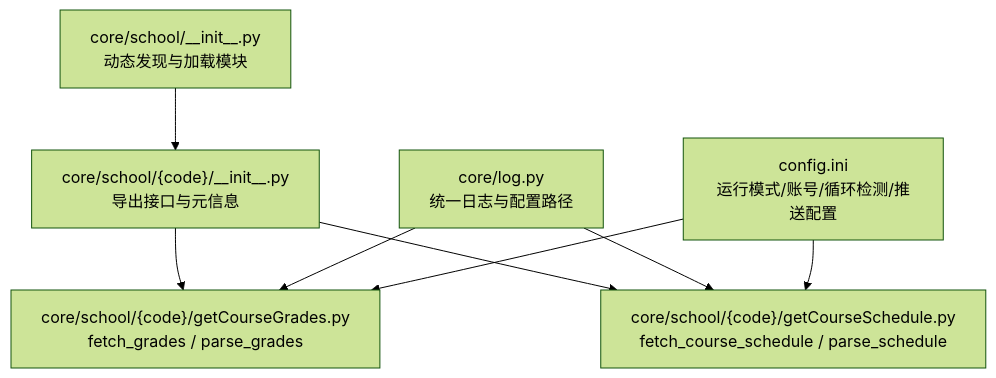
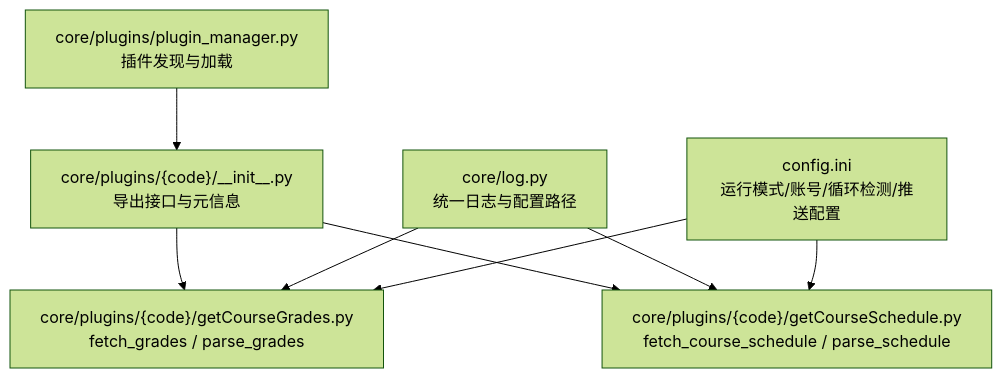
One commit to pjnt9372/Capture_Push changed the first of 3 diagrams in .wiki/zh/content/API 参考文档/院校模块 API/院校模块 API.md. Above: the diagram before and after it, drawn with Mermaid (forest theme). The commit also changed other lines of this file and 37 other files, not shown here.

````diff
--- a/.wiki/zh/content/API 参考文档/院校模块 API/院校模块 API.md
+++ b/.wiki/zh/content/API 参考文档/院校模块 API/院校模块 API.md
@@ -43,10 +41,10 @@
 ```mermaid
 graph TB
-A["core/school/__init__.py<br/>动态发现与加载模块"] --> B["core/school/{code}/__init__.py<br/>导出接口与元信息"]
-B --> C["core/school/{code}/getCourseGrades.py<br/>fetch_grades / parse_grades"]
-B --> D["core/school/{code}/getCourseSchedule.py<br/>fetch_course_schedule / parse_schedule"]
+PM["core/plugins/plugin_manager.py<br/>插件发现与加载"] --> B["core/plugins/{code}/__init__.py<br/>导出接口与元信息"]
+B --> C["core/plugins/{code}/getCourseGrades.py<br/>fetch_grades / parse_grades"]
+B --> D["core/plugins/{code}/getCourseSchedule.py<br/>fetch_course_schedule / parse_schedule"]
 E["core/log.py<br/>统一日志与配置路径"] --> C
 E --> D
 F["config.ini<br/>运行模式/账号/循环检测/推送配置"] --> C
 F --> D
 ```
````
